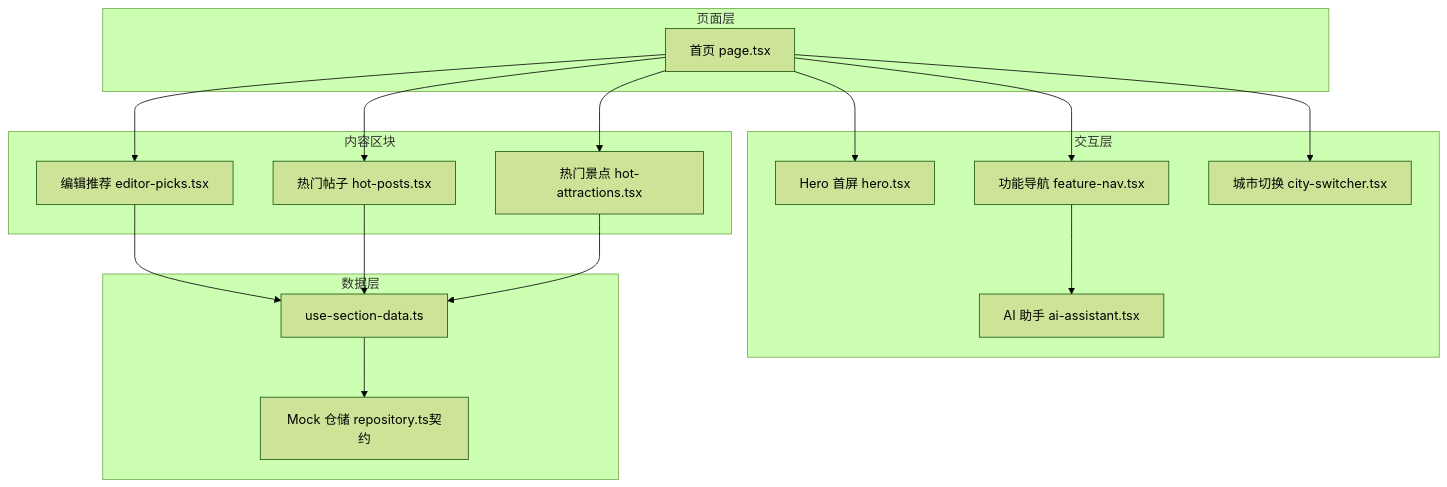
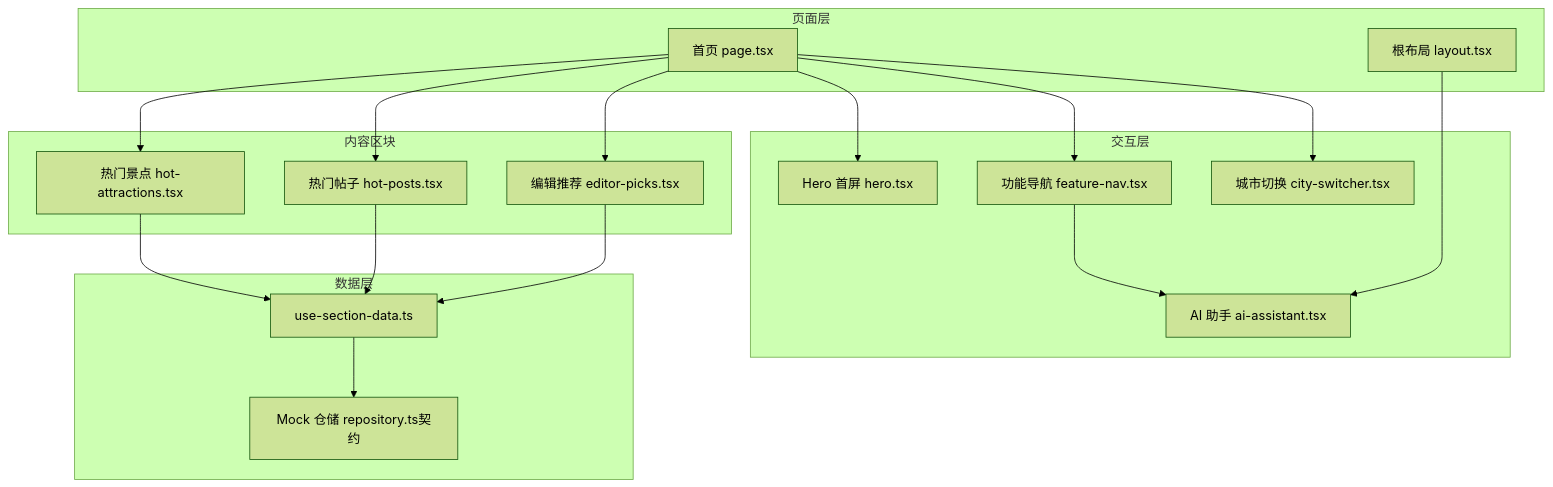
The second of 11 diagrams in .qoder/repowiki/zh/content/规格驱动开发/WanderChain 首页规格文档.md (luyitiger6/my-first-project), drawn with Mermaid (forest theme) before and after one commit. The commit also changed other lines of this file and 32 other files, not shown here.

````diff
--- a/.qoder/repowiki/zh/content/规格驱动开发/WanderChain 首页规格文档.md
+++ b/.qoder/repowiki/zh/content/规格驱动开发/WanderChain 首页规格文档.md
@@ -112,32 +121,34 @@
 ```mermaid
 graph TB
 subgraph "页面层"
 Page["首页 page.tsx"]
+Layout["根布局 layout.tsx"]
 end
 subgraph "交互层"
 Hero["Hero 首屏 hero.tsx"]
 Nav["功能导航 feature-nav.tsx"]
 City["城市切换 city-switcher.tsx"]
 AI["AI 助手 ai-assistant.tsx"]
 end
 subgraph "内容区块"
 Picks["编辑推荐 editor-picks.tsx"]
 Posts["热门帖子 hot-posts.tsx"]
 Attractions["热门景点 hot-attractions.tsx"]
 end
 subgraph "数据层"
 Hook["use-section-data.ts"]
 Repo["Mock 仓储 repository.ts契约"]
 end
 Page --> Hero
 Page --> Nav
 Page --> City
 Page --> Picks
 Page --> Posts
 Page --> Attractions
+Layout --> AI
 Nav --> AI
 Picks --> Hook
 Posts --> Hook
 Attractions --> Hook
 Hook --> Repo
 ```
````
